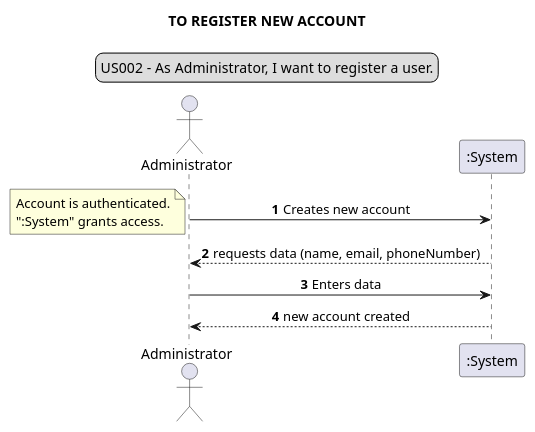
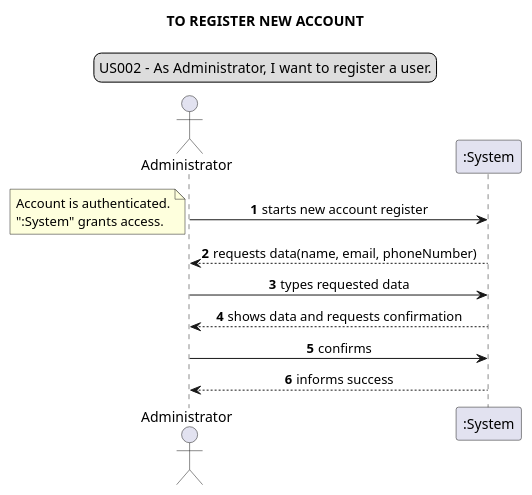
The second of 26 diagrams in docs/requirements_gathering/system_sequence_diagrams/System_Sequence_Diagram.puml (Loracline/project_switch_22-23), drawn with PlantUML before and after one commit. The commit also changed 1 other file, not shown here.

Commit message:
US002 : Design : Updating System Sequence Diagram and Sequence Diagram (use case:  to register an account)

```diff
--- a/docs/requirements_gathering/system_sequence_diagrams/System_Sequence_Diagram.puml
+++ b/docs/requirements_gathering/system_sequence_diagrams/System_Sequence_Diagram.puml
@@ -20,17 +20,19 @@
 @startuml
 skinparam sequenceMessageAlign center
 title TO REGISTER NEW ACCOUNT
 legend top
 US002 - As Administrator, I want to register a user.
 end legend
 autonumber
 actor Administrator
-Administrator -> ":System": Creates new account
+Administrator -> ":System": starts new account register
 note left
 Account is authenticated.
 ":System" grants access.
 end note
-Administrator <-- ":System": requests data (name, email, phoneNumber)
-Administrator  -> ":System": Enters data
-":System" --> Administrator: new account created
+Administrator <-- ":System": requests data(name, email, phoneNumber)
+Administrator  -> ":System": types requested data
+":System" --> Administrator: shows data and requests confirmation
+Administrator  -> ":System": confirms
+":System" --> Administrator: informs success
 @enduml
```
